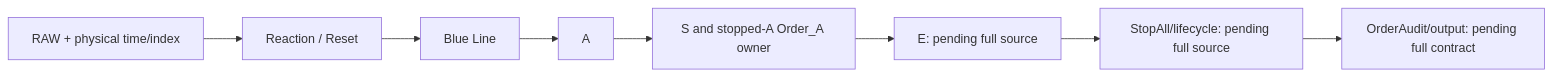
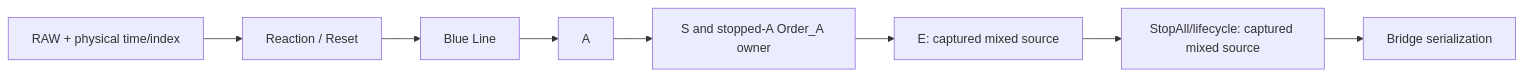
Before and after one commit to suwjee/TradingBot-Intelligence-Plugin: the second of 2 diagrams in TECHNICAL_ARCHITECTURE.md, drawn with Mermaid. The commit also changed other lines of this file and 16 other files, not shown here.

````diff
--- a/TECHNICAL_ARCHITECTURE.md
+++ b/TECHNICAL_ARCHITECTURE.md
@@ -161,10 +164,10 @@
 ```mermaid
 flowchart LR
   RAW[RAW + physical time/index] --> R[Reaction / Reset]
   R --> B[Blue Line]
   B --> A[A]
   A --> S[S and stopped-A Order_A owner]
-  S --> E[E: pending full source]
-  E --> L[StopAll/lifecycle: pending full source]
-  L --> O[OrderAudit/output: pending full contract]
+  S --> E[E: captured mixed source]
+  E --> L[StopAll/lifecycle: captured mixed source]
+  L --> O[Bridge serialization]
 ```
````
